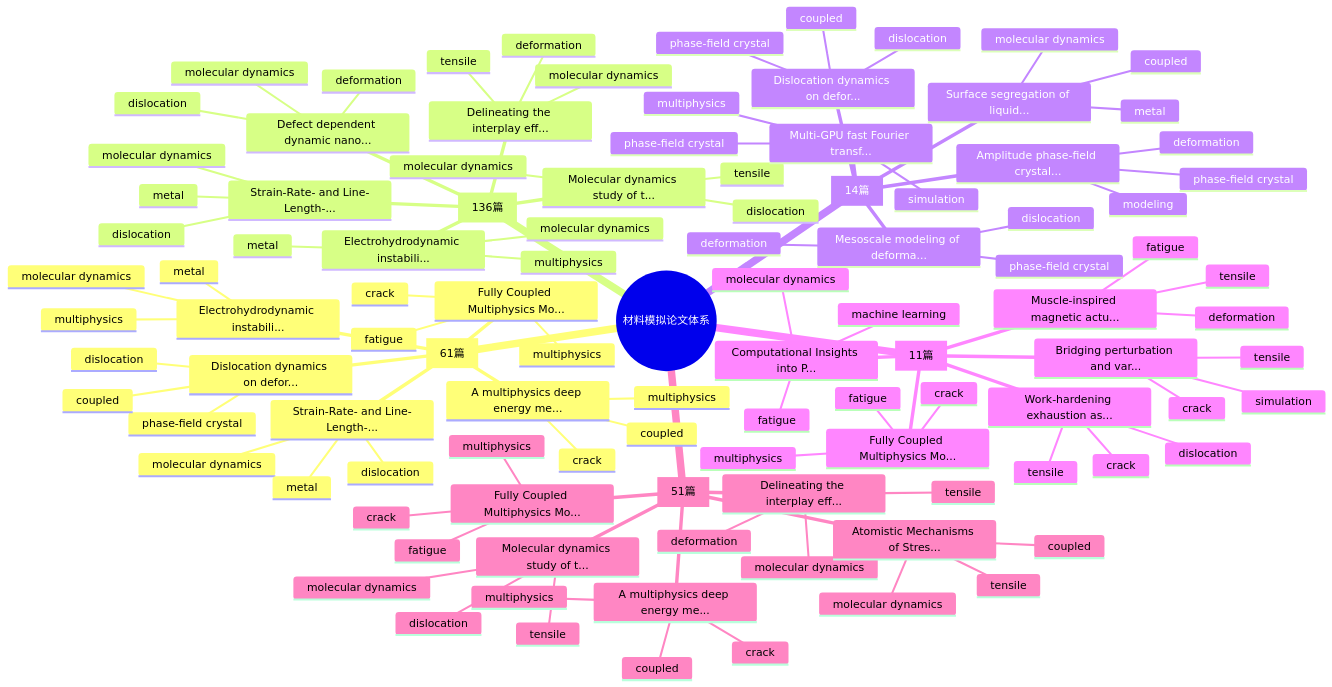
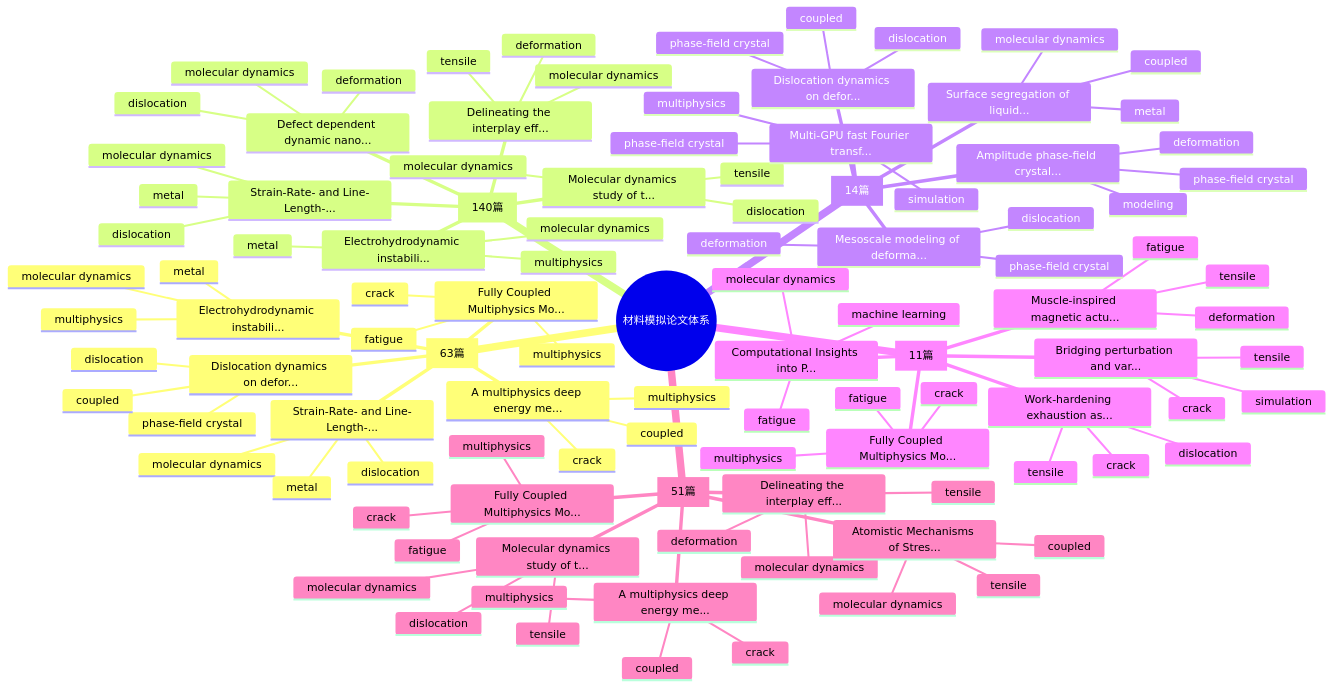
One commit to Shirakawa11111/BJK_readpaper changed the first of 2 diagrams in README.md. Above: the diagram before and after it, drawn with Mermaid. The commit also changed other lines of this file and 11 other files, not shown here.

````diff
--- a/README.md
+++ b/README.md
@@ -94,7 +94,7 @@
 ```mermaid
 mindmap
   root((材料模拟论文体系))
-    Multiphysics Coupling [61篇]
+    Multiphysics Coupling [63篇]
       Fully Coupled Multiphysics Mo...
         fatigue
         multiphysics
@@ -115,7 +115,7 @@
         molecular dynamics
         dislocation
         metal
-    Molecular Dynamics [136篇]
+    Molecular Dynamics [140篇]
       Molecular dynamics study of t...
         molecular dynamics
         dislocation
````
